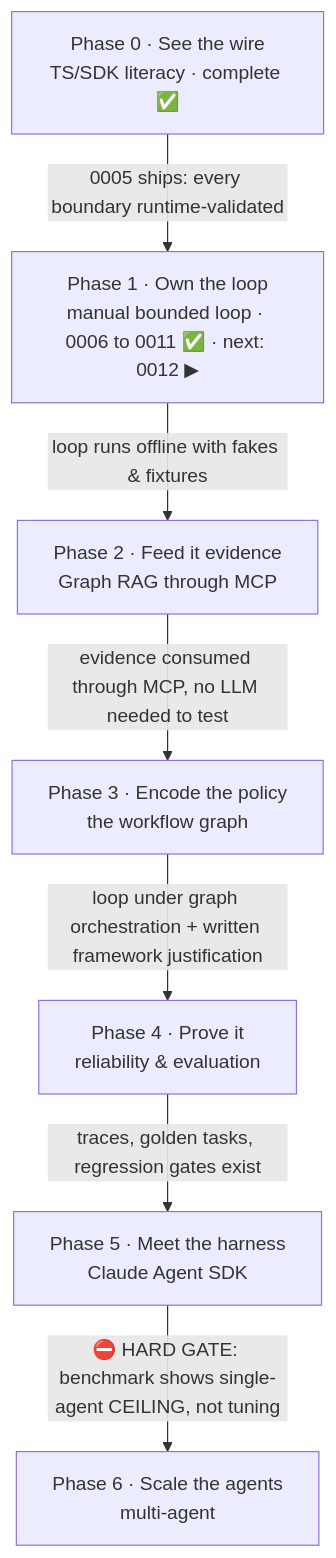
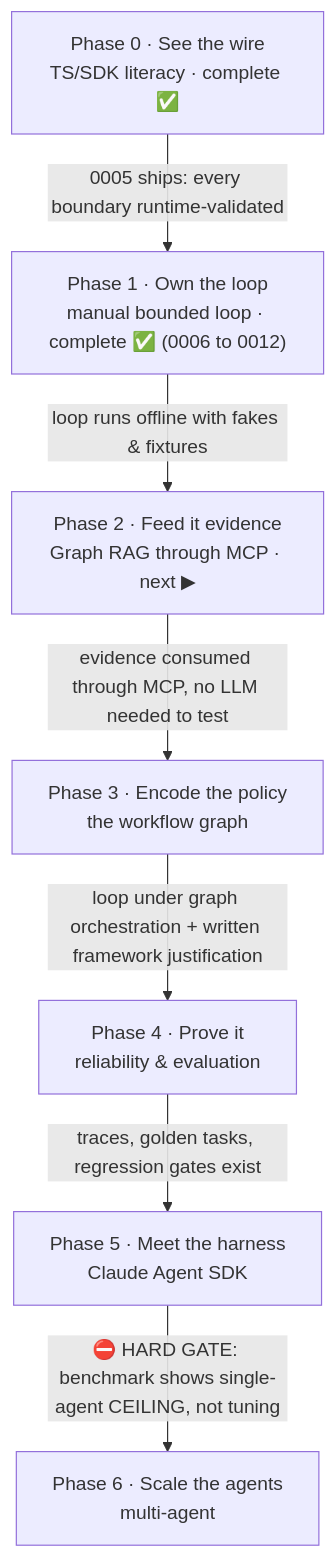
The first of 4 diagrams in wiki/course/course-module-graph.md (JozsefKiss90/TS), drawn with Mermaid before and after one commit. The commit also changed other lines of this file and 25 other files, not shown here.

First line of the commit message:
Ship lesson 0012 - Offline by Construction; Phase 1 complete

````diff
--- a/wiki/course/course-module-graph.md
+++ b/wiki/course/course-module-graph.md
@@ -17,16 +17,16 @@
 ```mermaid
 flowchart TD
     P0["Phase 0 · See the wire<br/>TS/SDK literacy · complete ✅"]
-    P1["Phase 1 · Own the loop<br/>manual bounded loop · 0006 to 0011 ✅ · next: 0012 ▶"]
-    P2["Phase 2 · Feed it evidence<br/>Graph RAG through MCP"]
+    P1["Phase 1 · Own the loop<br/>manual bounded loop · complete ✅ (0006 to 0012)"]
+    P2["Phase 2 · Feed it evidence<br/>Graph RAG through MCP · next ▶"]
     P3["Phase 3 · Encode the policy<br/>the workflow graph"]
     P4["Phase 4 · Prove it<br/>reliability & evaluation"]
     P5["Phase 5 · Meet the harness<br/>Claude Agent SDK"]
     P6["Phase 6 · Scale the agents<br/>multi-agent"]
     P0 -->|"0005 ships: every boundary runtime-validated"| P1
     P1 -->|"loop runs offline with fakes & fixtures"| P2
     P2 -->|"evidence consumed through MCP, no LLM needed to test"| P3
     P3 -->|"loop under graph orchestration + written framework justification"| P4
     P4 -->|"traces, golden tasks, regression gates exist"| P5
     P5 -->|"⛔ HARD GATE: benchmark shows single-agent CEILING, not tuning"| P6
 ```
````
